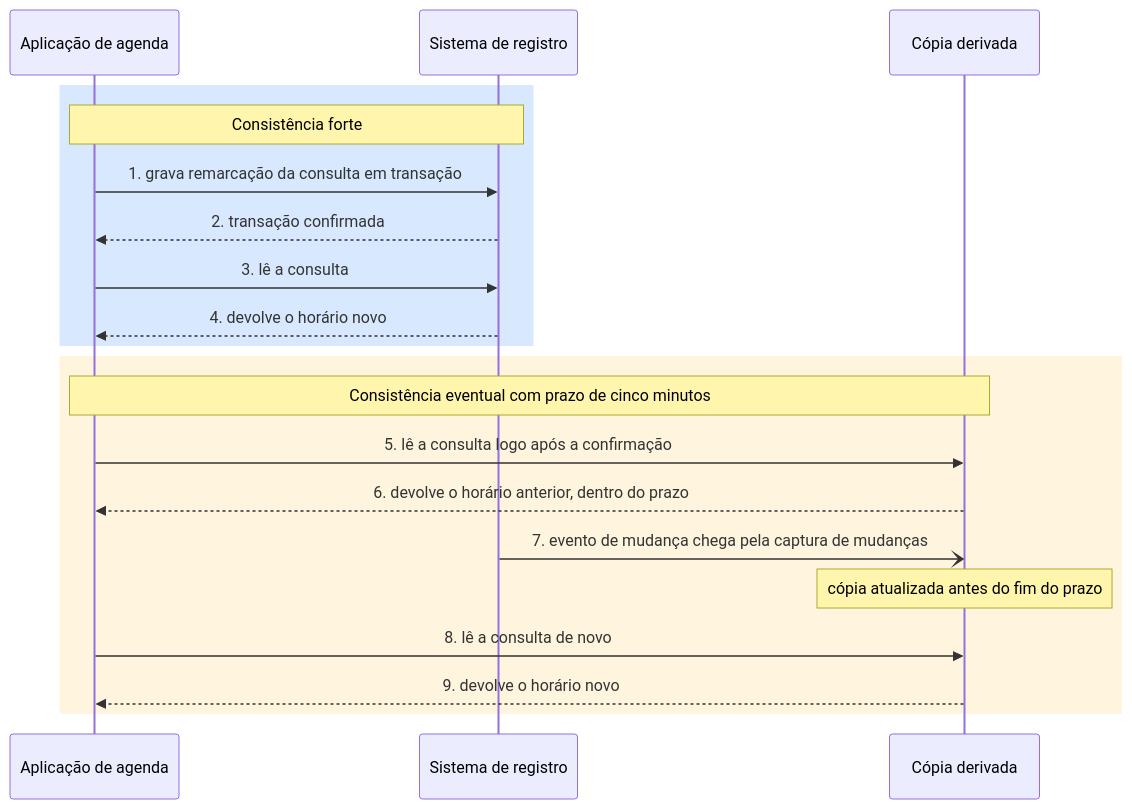
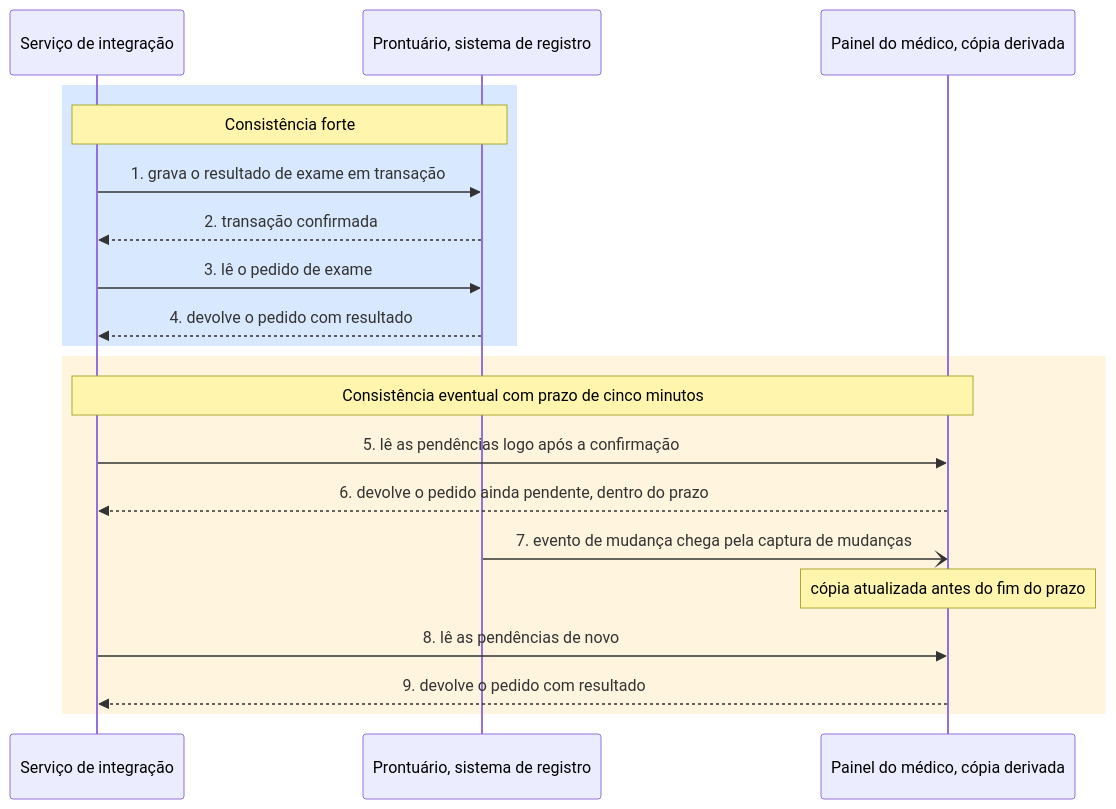
The first of 5 diagrams in docs/modulo-4-dominios-da-solucao/bloco-2-arquitetura-de-dados.md (aulas-marco/projeto-arquitetura-software), drawn with Mermaid before and after one commit. The commit also changed other lines of this file and 36 other files, not shown here.

First line of the commit message:
docs(aula-4): arquitetura de dados com DMBOK e diagramas legiveis

````diff
--- a/docs/modulo-4-dominios-da-solucao/bloco-2-arquitetura-de-dados.md
+++ b/docs/modulo-4-dominios-da-solucao/bloco-2-arquitetura-de-dados.md
@@ -86,22 +92,22 @@
 ```mermaid
 sequenceDiagram
-    participant AP as Aplicação de agenda
-    participant SR as Sistema de registro
-    participant CD as Cópia derivada
+    participant AP as Serviço de integração
+    participant SR as Prontuário, sistema de registro
+    participant CD as Painel do médico, cópia derivada
     rect rgb(216, 233, 255)
     Note over AP,SR: Consistência forte
-    AP->>SR: 1. grava remarcação da consulta em transação
+    AP->>SR: 1. grava o resultado de exame em transação
     SR-->>AP: 2. transação confirmada
-    AP->>SR: 3. lê a consulta
-    SR-->>AP: 4. devolve o horário novo
+    AP->>SR: 3. lê o pedido de exame
+    SR-->>AP: 4. devolve o pedido com resultado
     end
     rect rgb(255, 244, 221)
     Note over AP,CD: Consistência eventual com prazo de cinco minutos
-    AP->>CD: 5. lê a consulta logo após a confirmação
-    CD-->>AP: 6. devolve o horário anterior, dentro do prazo
+    AP->>CD: 5. lê as pendências logo após a confirmação
+    CD-->>AP: 6. devolve o pedido ainda pendente, dentro do prazo
     SR-)CD: 7. evento de mudança chega pela captura de mudanças
     Note over CD: cópia atualizada antes do fim do prazo
-    AP->>CD: 8. lê a consulta de novo
-    CD-->>AP: 9. devolve o horário novo
+    AP->>CD: 8. lê as pendências de novo
+    CD-->>AP: 9. devolve o pedido com resultado
     end
 ```
````
